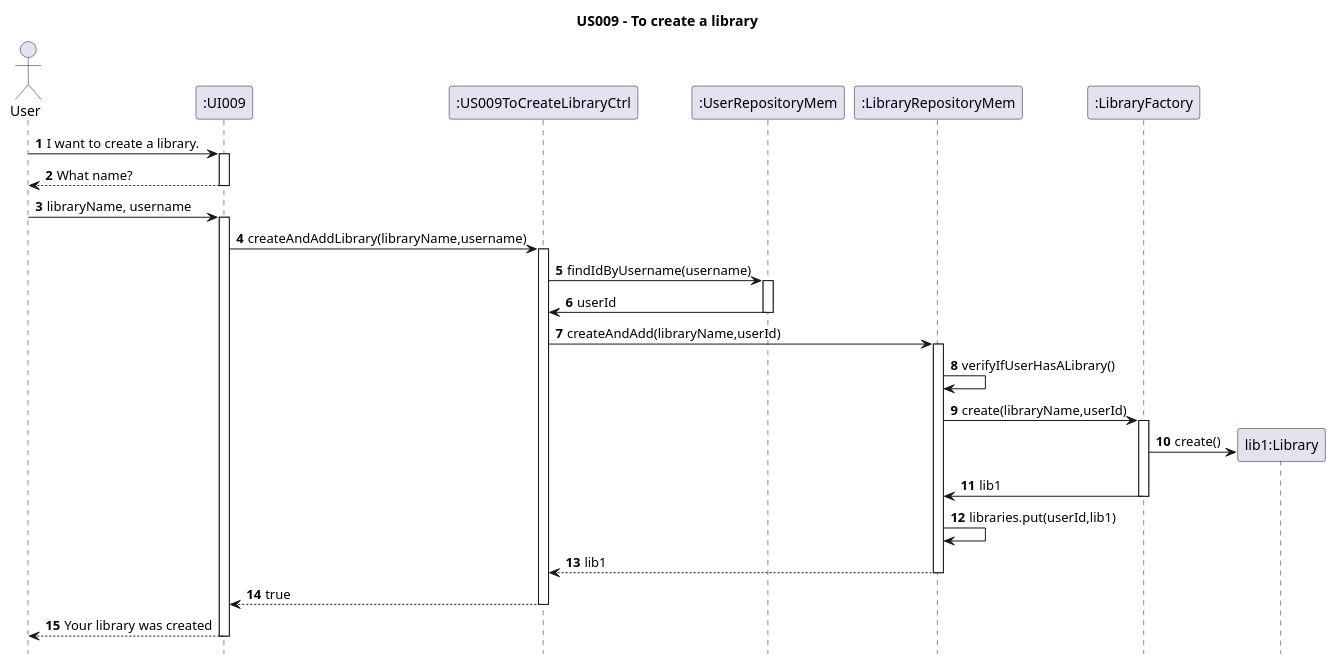
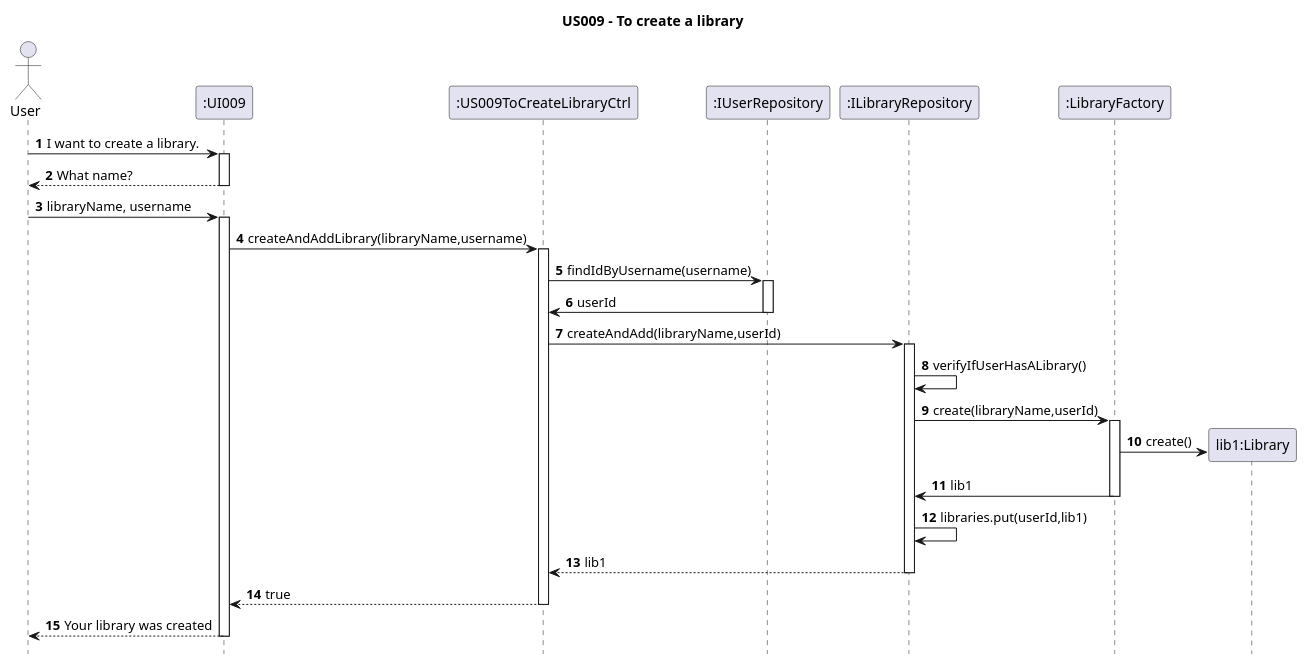
Before and after one commit to AndrePereiraGitH/SWitCH-Project-Team_A: the diagram in Diagrams/SequenceDiagrams/N2/US009-to-create-a-library.puml, drawn with PlantUML. The commit also changed 1 other file, not shown here.

Commit message:
docs(US009) #476: use interfaces instead of implementations in sequence diagrams

```diff
--- a/Diagrams/SequenceDiagrams/N2/US009-to-create-a-library.puml
+++ b/Diagrams/SequenceDiagrams/N2/US009-to-create-a-library.puml
@@ -1,60 +1,60 @@
 @startuml
 hide footbox
 autonumber
 title US009 - To create a library
 
 
 actor User
 participant ":UI009" as UI
 
 participant ":US009ToCreateLibraryCtrl" as Ctrl
 
-participant ":UserRepositoryMem" as userRepo
-participant ":LibraryRepositoryMem" as LibraryRepo
+participant ":IUserRepository" as userRepo
+participant ":ILibraryRepository" as LibraryRepo
 participant ":LibraryFactory" as factory
 
 
 User -> UI : I want to create a library.
 activate UI
 UI --> User : What name?
 deactivate UI
 User -> UI : libraryName, username
 
 activate UI
 
 UI -> Ctrl : createAndAddLibrary(libraryName,username)
 
 activate Ctrl
 
 Ctrl -> userRepo: findIdByUsername(username)
 activate userRepo
 userRepo -> Ctrl: userId
 deactivate userRepo
 
 
 Ctrl -> LibraryRepo : createAndAdd(libraryName,userId)
 activate LibraryRepo
 
 
 
 LibraryRepo -> LibraryRepo: verifyIfUserHasALibrary()
 
 LibraryRepo -> factory: create(libraryName,userId)
 activate factory
 create "lib1:Library" as Library
 factory -> Library : create()
 factory -> LibraryRepo: lib1
 deactivate factory
 
 
 LibraryRepo -> LibraryRepo : libraries.put(userId,lib1)
 
 
 LibraryRepo --> Ctrl : lib1
 deactivate LibraryRepo
 Ctrl --> UI : true
 deactivate Ctrl
 UI --> User : Your library was created
 deactivate UI
 
 @enduml
```
